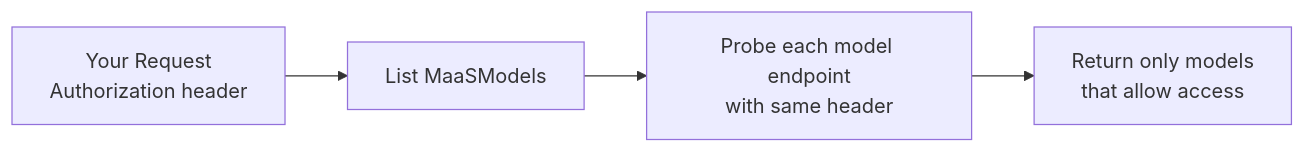
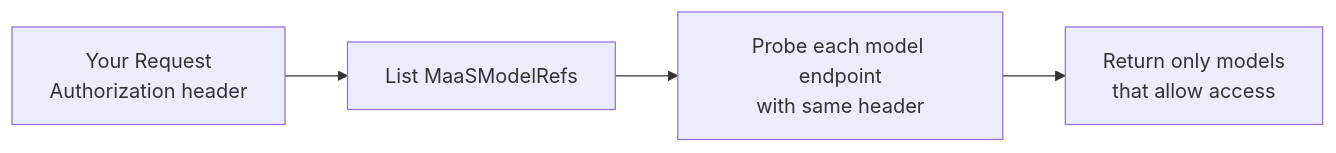
One commit to opendatahub-io/models-as-a-service changed the second of 2 diagrams in docs/content/configuration-and-management/token-management.md. Above: the diagram before and after it, drawn with Mermaid. The commit also changed 44 other files, not shown here.

First line of the commit message:
Rename MaaSModel CRD to MaaSModelRef

````diff
--- a/docs/content/configuration-and-management/token-management.md
+++ b/docs/content/configuration-and-management/token-management.md
@@ -102,6 +102,6 @@
 ```mermaid
 flowchart LR
-    A[Your Request\nAuthorization header] --> B[List MaaSModels]
+    A[Your Request\nAuthorization header] --> B[List MaaSModelRefs]
     B --> C[Probe each model endpoint\nwith same header]
     C --> D[Return only models\nthat allow access]
 ```
````
